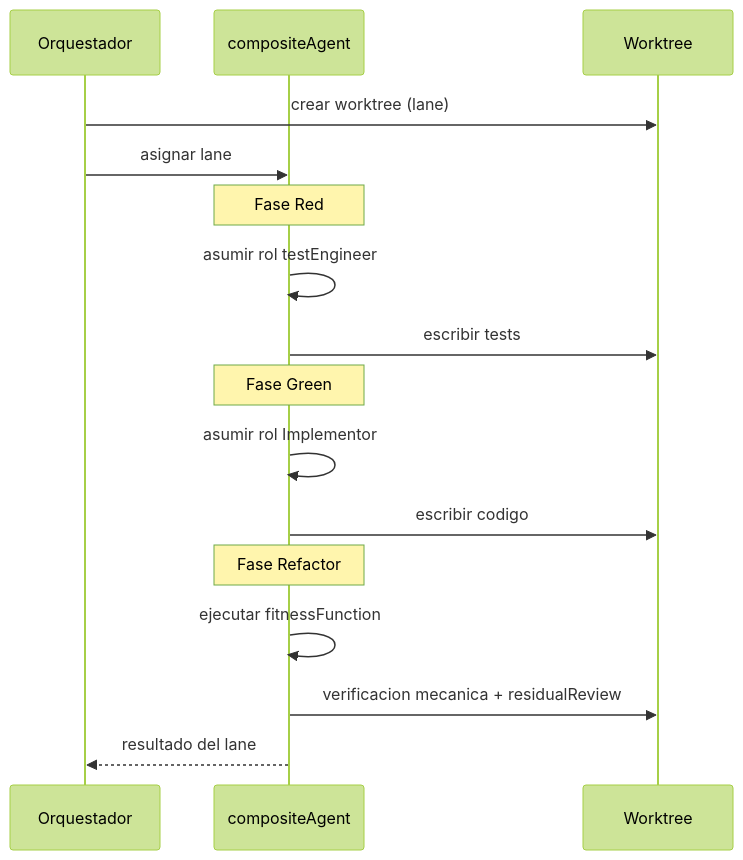
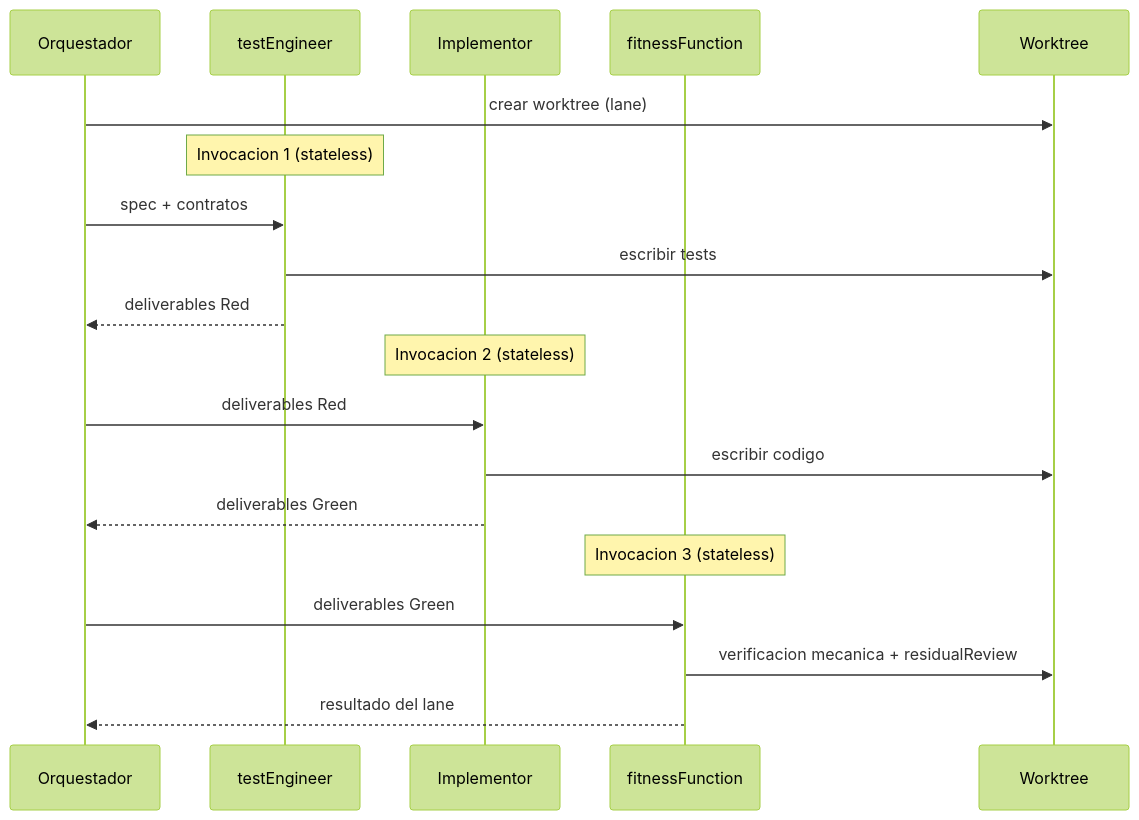
One commit to virgenherrera/virgil changed diagram 16 of 47 in principia/overview.md. Above: the diagram before and after it, drawn with Mermaid (forest theme). The commit also changed other lines of this file, not shown here.

````diff
--- a/principia/overview.md
+++ b/principia/overview.md
@@ -524,23 +627,25 @@
 ```mermaid
 sequenceDiagram
     participant ORCH as Orquestador
-    participant CA as compositeAgent
+    participant TE as testEngineer
+    participant IMPL as Implementor
+    participant FF as fitnessFunction
     participant WT as Worktree
 
     ORCH->>WT: crear worktree (lane)
-    ORCH->>CA: asignar lane
 
-    Note over CA: Fase Red
-    CA->>CA: asumir rol testEngineer
-    CA->>WT: escribir tests
+    Note over TE: Invocacion 1 (stateless)
+    ORCH->>TE: spec + contratos
+    TE->>WT: escribir tests
+    TE-->>ORCH: deliverables Red
 
-    Note over CA: Fase Green
-    CA->>CA: asumir rol Implementor
-    CA->>WT: escribir codigo
+    Note over IMPL: Invocacion 2 (stateless)
+    ORCH->>IMPL: deliverables Red
+    IMPL->>WT: escribir codigo
+    IMPL-->>ORCH: deliverables Green
 
-    Note over CA: Fase Refactor
-    CA->>CA: ejecutar fitnessFunction
-    CA->>WT: verificacion mecanica + residualReview
-
-    CA-->>ORCH: resultado del lane
+    Note over FF: Invocacion 3 (stateless)
+    ORCH->>FF: deliverables Green
+    FF->>WT: verificacion mecanica + residualReview
+    FF-->>ORCH: resultado del lane
 ```
````
